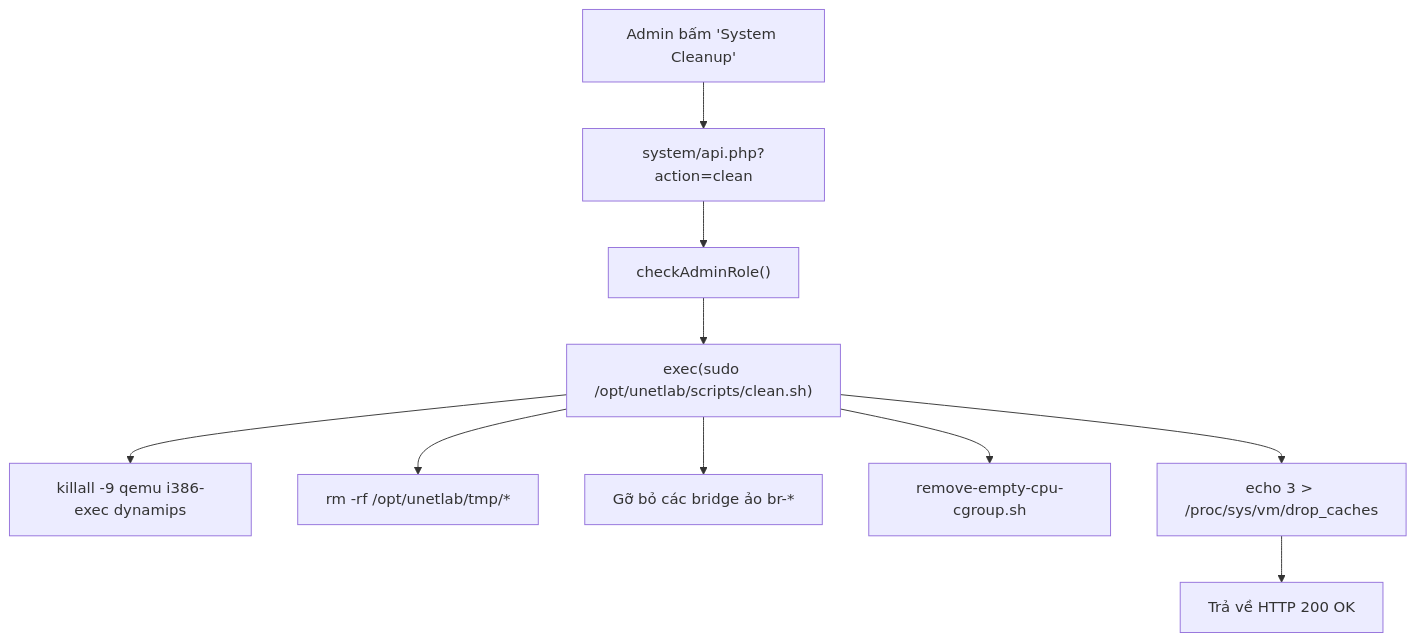
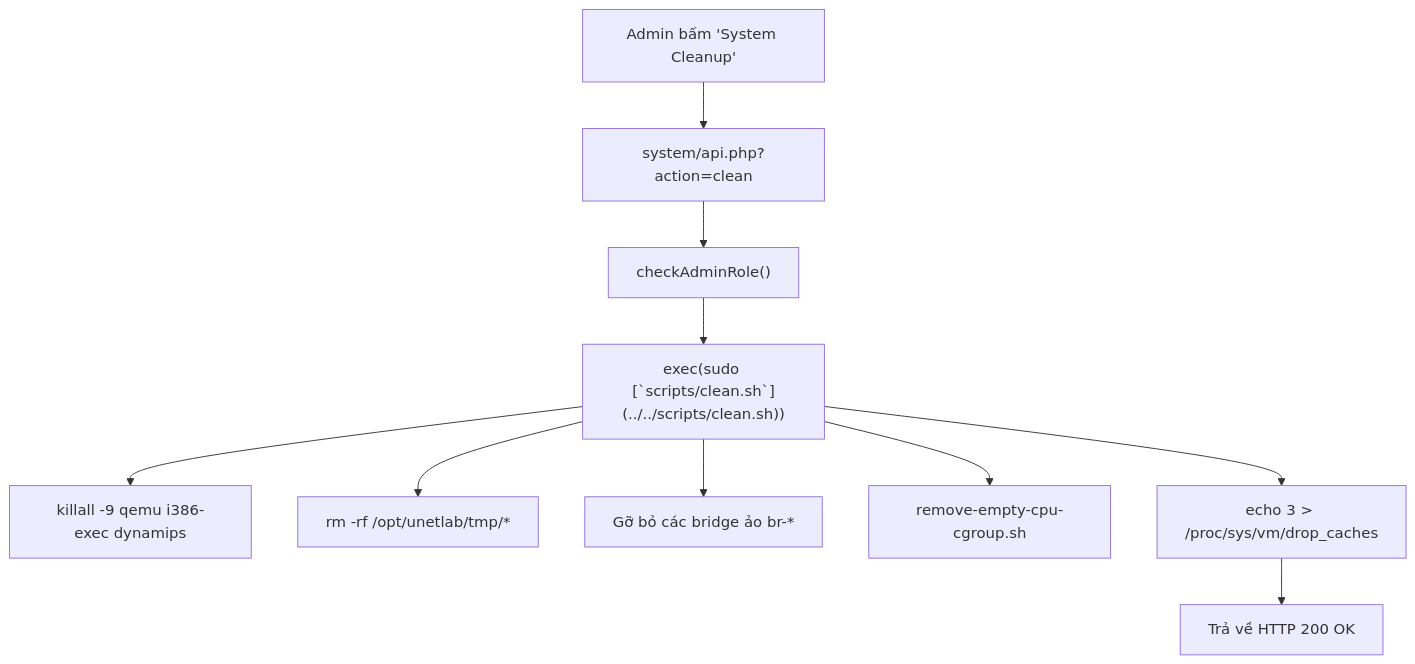
Before and after one commit to Luuxinhxinh/pnet-v8: the diagram in docs/03-diagrams/f65-system-power-maintenance-callgraph.md, drawn with Mermaid. The commit also changed 92 other files, not shown here.

````diff
--- a/docs/03-diagrams/f65-system-power-maintenance-callgraph.md
+++ b/docs/03-diagrams/f65-system-power-maintenance-callgraph.md
@@ -9,12 +9,12 @@
 ```mermaid
 graph TD
     ADMIN_CLICK["Admin bấm 'System Cleanup'"] --> POST_API["system/api.php?action=clean"]
     POST_API --> CHECK_PERM["checkAdminRole()"]
-    CHECK_PERM --> EXEC_CLEAN["exec(sudo /opt/unetlab/scripts/clean.sh)"]
+    CHECK_PERM --> EXEC_CLEAN["exec(sudo [`scripts/clean.sh`](../../scripts/clean.sh))"]
     EXEC_CLEAN --> KILL_PROCS["killall -9 qemu i386-exec dynamips"]
     EXEC_CLEAN --> RM_TMP["rm -rf /opt/unetlab/tmp/*"]
     EXEC_CLEAN --> FLUSH_BRIDGES["Gỡ bỏ các bridge ảo br-*"]
     EXEC_CLEAN --> CLEAN_CGROUPS["remove-empty-cpu-cgroup.sh"]
     EXEC_CLEAN --> DROP_CACHE["echo 3 > /proc/sys/vm/drop_caches"]
     DROP_CACHE --> RESP["Trả về HTTP 200 OK"]
 ```
````
